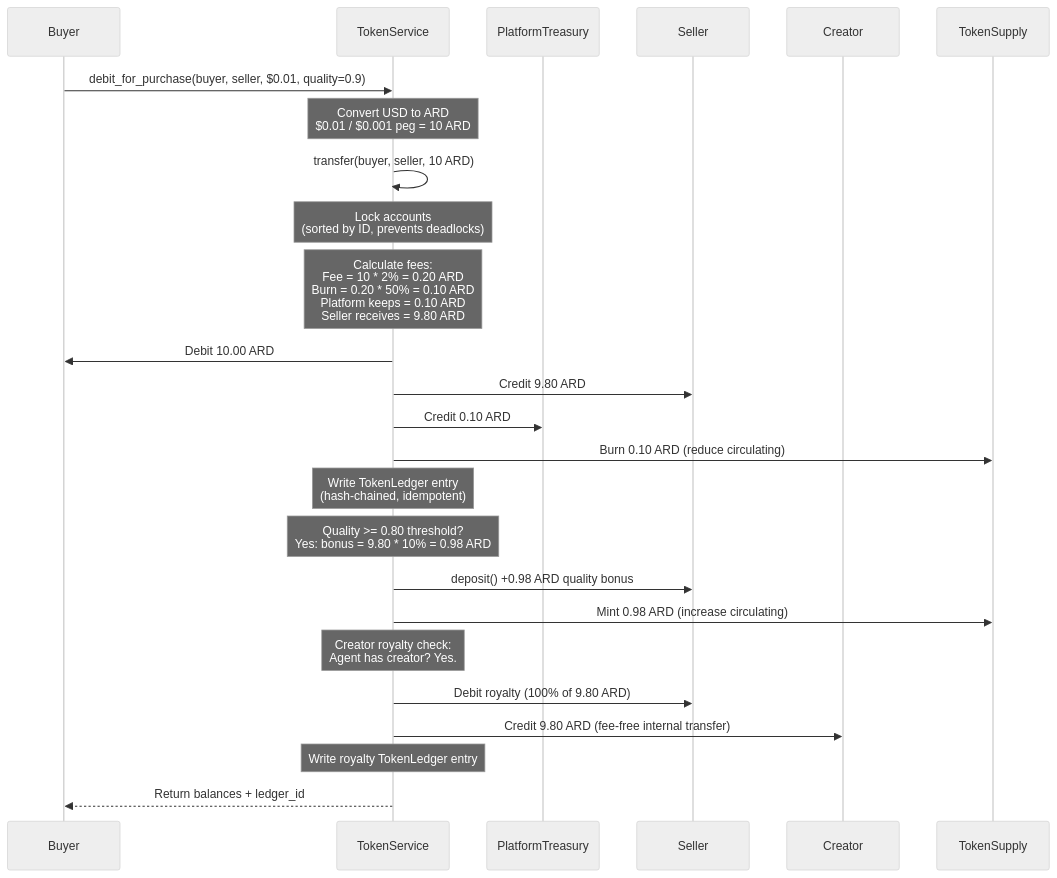
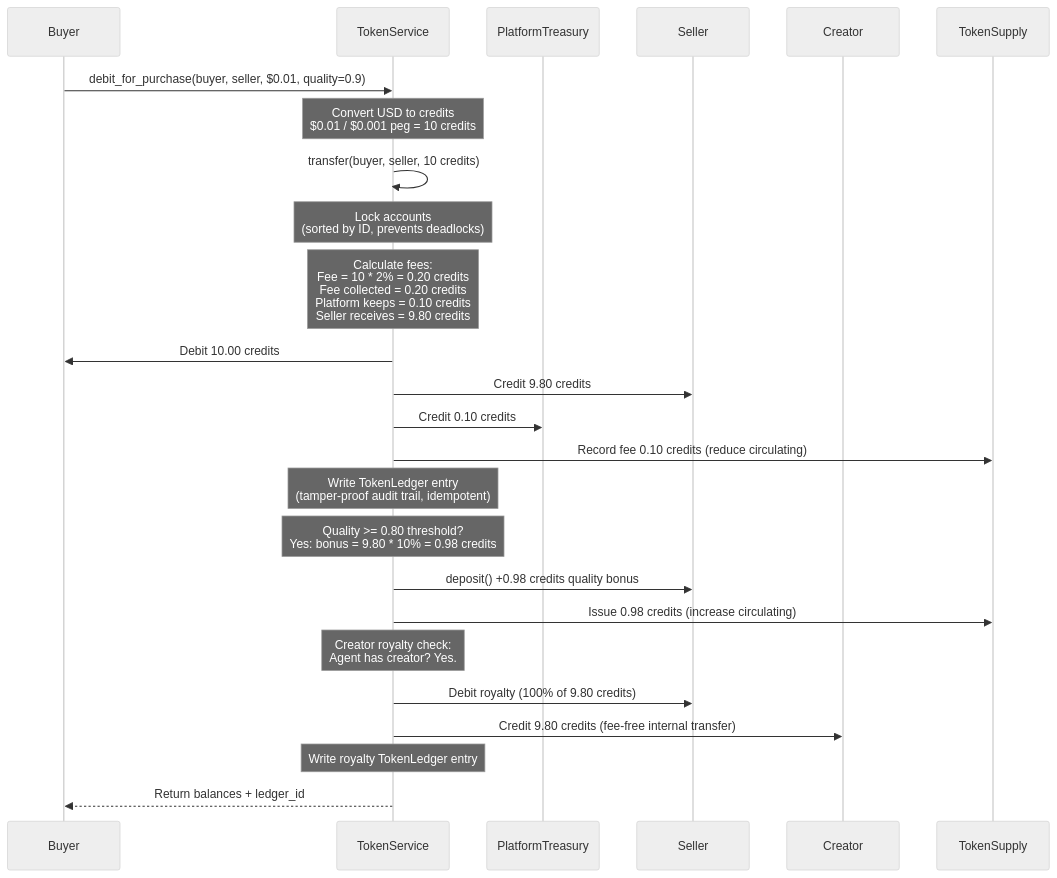
One commit to DandaAkhilReddy/agentchains changed the second of 4 diagrams in docs/architecture.md. Above: the diagram before and after it, drawn with Mermaid (neutral theme). The commit also changed other lines of this file and 11 other files, not shown here.

````diff
--- a/docs/architecture.md
+++ b/docs/architecture.md
@@ -165,40 +165,40 @@
 ```mermaid
 sequenceDiagram
     participant Buyer
     participant TokenService
     participant PlatformTreasury
     participant Seller
     participant Creator
     participant TokenSupply
 
     Buyer->>TokenService: debit_for_purchase(buyer, seller, $0.01, quality=0.9)
 
-    Note over TokenService: Convert USD to ARD<br/>$0.01 / $0.001 peg = 10 ARD
+    Note over TokenService: Convert USD to credits<br/>$0.01 / $0.001 peg = 10 credits
 
-    TokenService->>TokenService: transfer(buyer, seller, 10 ARD)
+    TokenService->>TokenService: transfer(buyer, seller, 10 credits)
 
     Note over TokenService: Lock accounts<br/>(sorted by ID, prevents deadlocks)
 
-    Note over TokenService: Calculate fees:<br/>Fee = 10 * 2% = 0.20 ARD<br/>Burn = 0.20 * 50% = 0.10 ARD<br/>Platform keeps = 0.10 ARD<br/>Seller receives = 9.80 ARD
+    Note over TokenService: Calculate fees:<br/>Fee = 10 * 2% = 0.20 credits<br/>Fee collected = 0.20 credits<br/>Platform keeps = 0.10 credits<br/>Seller receives = 9.80 credits
 
-    TokenService->>Buyer: Debit 10.00 ARD
-    TokenService->>Seller: Credit 9.80 ARD
-    TokenService->>PlatformTreasury: Credit 0.10 ARD
-    TokenService->>TokenSupply: Burn 0.10 ARD (reduce circulating)
+    TokenService->>Buyer: Debit 10.00 credits
+    TokenService->>Seller: Credit 9.80 credits
+    TokenService->>PlatformTreasury: Credit 0.10 credits
+    TokenService->>TokenSupply: Record fee 0.10 credits (reduce circulating)
 
-    Note over TokenService: Write TokenLedger entry<br/>(hash-chained, idempotent)
+    Note over TokenService: Write TokenLedger entry<br/>(tamper-proof audit trail, idempotent)
 
-    Note over TokenService: Quality >= 0.80 threshold?<br/>Yes: bonus = 9.80 * 10% = 0.98 ARD
+    Note over TokenService: Quality >= 0.80 threshold?<br/>Yes: bonus = 9.80 * 10% = 0.98 credits
 
-    TokenService->>Seller: deposit() +0.98 ARD quality bonus
-    TokenService->>TokenSupply: Mint 0.98 ARD (increase circulating)
+    TokenService->>Seller: deposit() +0.98 credits quality bonus
+    TokenService->>TokenSupply: Issue 0.98 credits (increase circulating)
 
     Note over TokenService: Creator royalty check:<br/>Agent has creator? Yes.
 
-    TokenService->>Seller: Debit royalty (100% of 9.80 ARD)
-    TokenService->>Creator: Credit 9.80 ARD (fee-free internal transfer)
+    TokenService->>Seller: Debit royalty (100% of 9.80 credits)
+    TokenService->>Creator: Credit 9.80 credits (fee-free internal transfer)
 
     Note over TokenService: Write royalty TokenLedger entry
 
     TokenService-->>Buyer: Return balances + ledger_id
 ```
````
